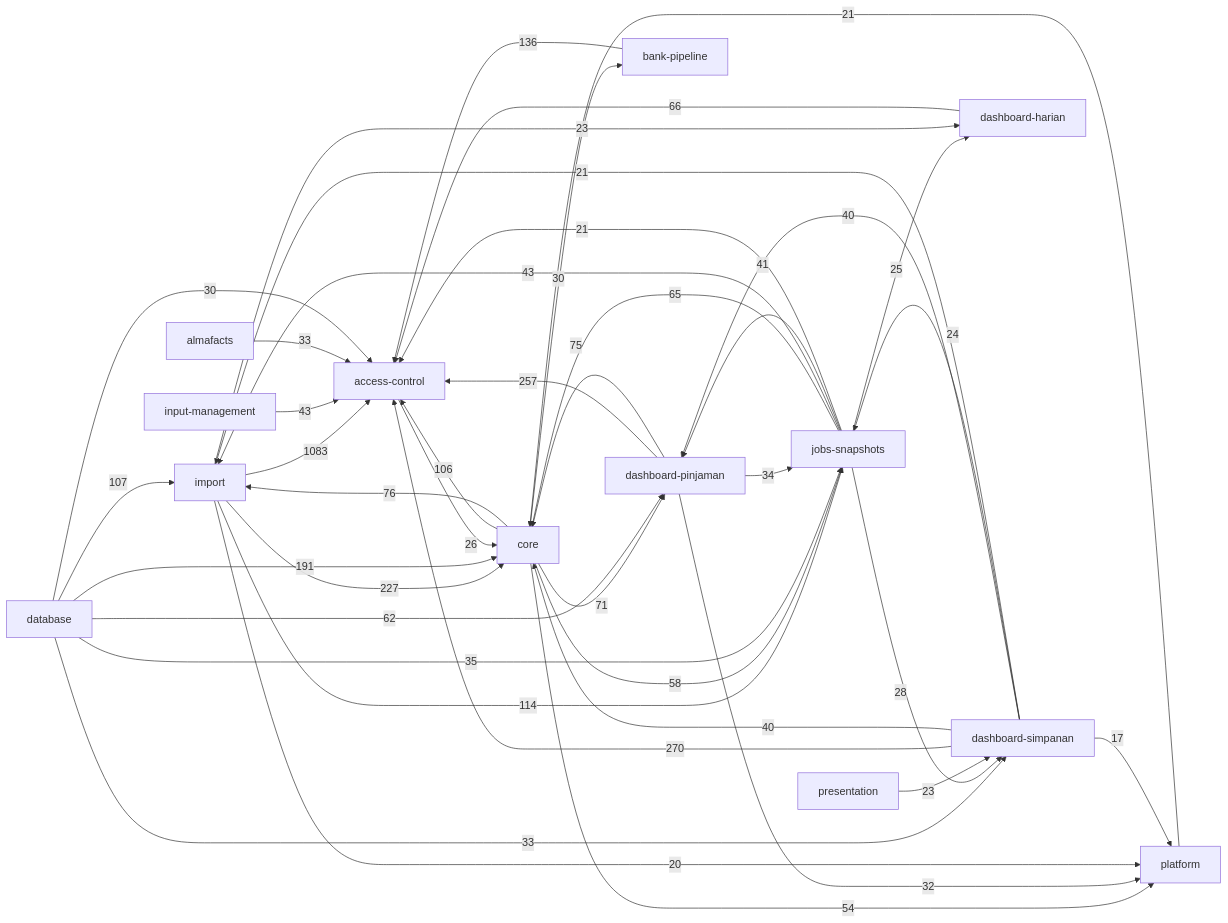
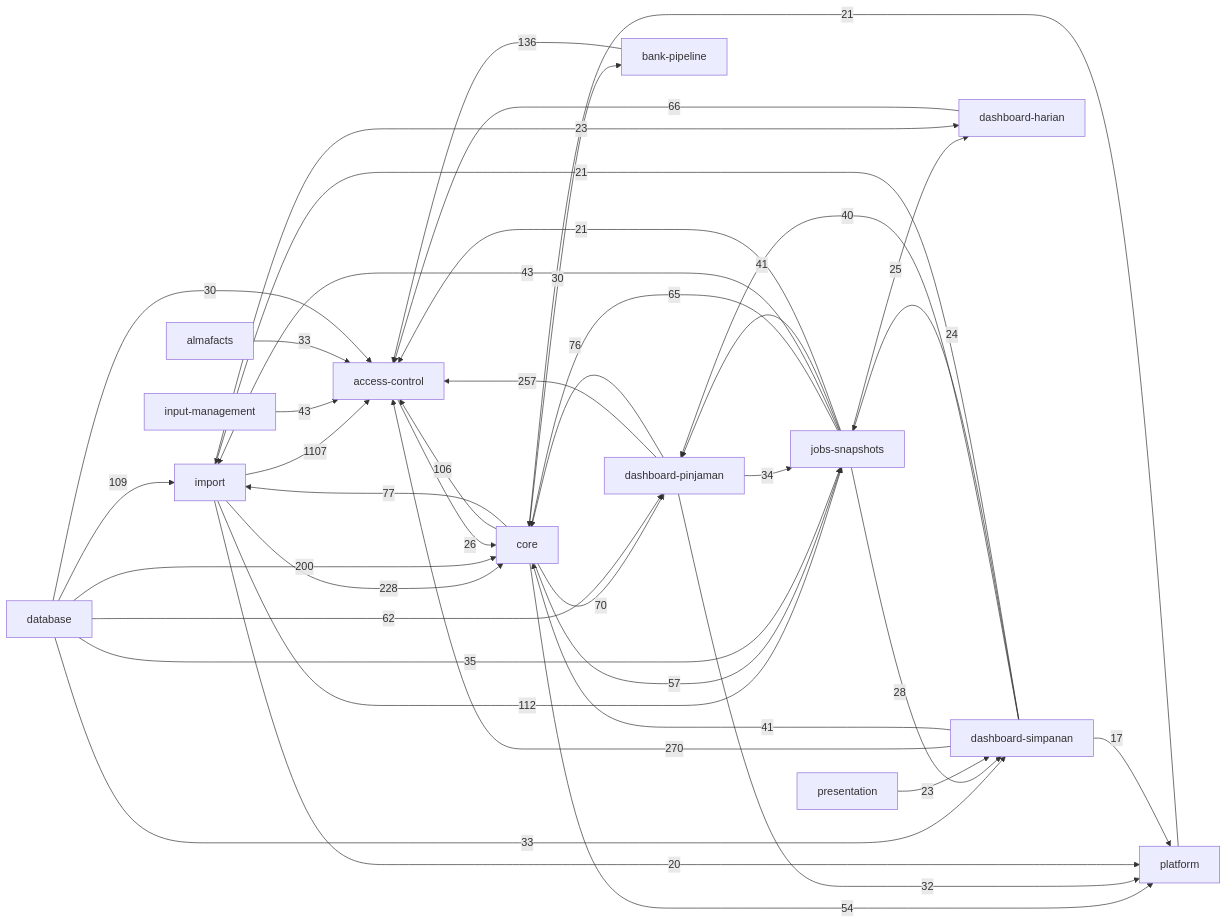
One commit to RizalloN/project-abah changed the diagram in docs/knowledge-graph/ARCHITECTURE.md. Above: the diagram before and after it, drawn with Mermaid. The commit also changed other lines of this file and 152 other files, not shown here.

First line of the commit message:
Add unit and feature tests for import functionality and dashboard reports

````diff
--- a/docs/knowledge-graph/ARCHITECTURE.md
+++ b/docs/knowledge-graph/ARCHITECTURE.md
@@ -5,43 +5,43 @@
 ```mermaid
 flowchart LR
-    d_d942f64886["import"] -->|1083| d_c393a69167["access-control"]
+    d_d942f64886["import"] -->|1107| d_c393a69167["access-control"]
     d_90026ec21f["dashboard-simpanan"] -->|270| d_c393a69167["access-control"]
     d_c1933689a3["dashboard-pinjaman"] -->|257| d_c393a69167["access-control"]
-    d_d942f64886["import"] -->|227| d_0d45f5fd46["core"]
-    d_3549b0028b["database"] -->|191| d_0d45f5fd46["core"]
+    d_d942f64886["import"] -->|228| d_0d45f5fd46["core"]
+    d_3549b0028b["database"] -->|200| d_0d45f5fd46["core"]
     d_39bcb775e4["bank-pipeline"] -->|136| d_c393a69167["access-control"]
-    d_d942f64886["import"] -->|114| d_7c16aa6a77["jobs-snapshots"]
-    d_3549b0028b["database"] -->|107| d_d942f64886["import"]
+    d_d942f64886["import"] -->|112| d_7c16aa6a77["jobs-snapshots"]
+    d_3549b0028b["database"] -->|109| d_d942f64886["import"]
     d_0d45f5fd46["core"] -->|106| d_c393a69167["access-control"]
-    d_0d45f5fd46["core"] -->|76| d_d942f64886["import"]
-    d_c1933689a3["dashboard-pinjaman"] -->|75| d_0d45f5fd46["core"]
-    d_0d45f5fd46["core"] -->|71| d_c1933689a3["dashboard-pinjaman"]
+    d_0d45f5fd46["core"] -->|77| d_d942f64886["import"]
+    d_c1933689a3["dashboard-pinjaman"] -->|76| d_0d45f5fd46["core"]
+    d_0d45f5fd46["core"] -->|70| d_c1933689a3["dashboard-pinjaman"]
     d_a0a49fdd98["dashboard-harian"] -->|66| d_c393a69167["access-control"]
     d_7c16aa6a77["jobs-snapshots"] -->|65| d_0d45f5fd46["core"]
     d_3549b0028b["database"] -->|62| d_c1933689a3["dashboard-pinjaman"]
-    d_0d45f5fd46["core"] -->|58| d_7c16aa6a77["jobs-snapshots"]
+    d_0d45f5fd46["core"] -->|57| d_7c16aa6a77["jobs-snapshots"]
     d_0d45f5fd46["core"] -->|54| d_d294fcce0c["platform"]
     d_7c16aa6a77["jobs-snapshots"] -->|43| d_d942f64886["import"]
     d_b70a9d941d["input-management"] -->|43| d_c393a69167["access-control"]
     d_7c16aa6a77["jobs-snapshots"] -->|41| d_c1933689a3["dashboard-pinjaman"]
-    d_90026ec21f["dashboard-simpanan"] -->|40| d_0d45f5fd46["core"]
+    d_90026ec21f["dashboard-simpanan"] -->|41| d_0d45f5fd46["core"]
     d_90026ec21f["dashboard-simpanan"] -->|40| d_c1933689a3["dashboard-pinjaman"]
     d_3549b0028b["database"] -->|35| d_7c16aa6a77["jobs-snapshots"]
     d_c1933689a3["dashboard-pinjaman"] -->|34| d_7c16aa6a77["jobs-snapshots"]
     d_3549b0028b["database"] -->|33| d_90026ec21f["dashboard-simpanan"]
     d_b89824cc5a["almafacts"] -->|33| d_c393a69167["access-control"]
     d_c1933689a3["dashboard-pinjaman"] -->|32| d_d294fcce0c["platform"]
     d_3549b0028b["database"] -->|30| d_c393a69167["access-control"]
     d_0d45f5fd46["core"] -->|30| d_39bcb775e4["bank-pipeline"]
     d_7c16aa6a77["jobs-snapshots"] -->|28| d_90026ec21f["dashboard-simpanan"]
     d_c393a69167["access-control"] -->|26| d_0d45f5fd46["core"]
     d_7c16aa6a77["jobs-snapshots"] -->|25| d_a0a49fdd98["dashboard-harian"]
     d_90026ec21f["dashboard-simpanan"] -->|24| d_7c16aa6a77["jobs-snapshots"]
     d_d942f64886["import"] -->|23| d_a0a49fdd98["dashboard-harian"]
     d_bfac314fef["presentation"] -->|23| d_90026ec21f["dashboard-simpanan"]
     d_d294fcce0c["platform"] -->|21| d_0d45f5fd46["core"]
     d_90026ec21f["dashboard-simpanan"] -->|21| d_d942f64886["import"]
     d_7c16aa6a77["jobs-snapshots"] -->|21| d_c393a69167["access-control"]
     d_d942f64886["import"] -->|20| d_d294fcce0c["platform"]
     d_90026ec21f["dashboard-simpanan"] -->|17| d_d294fcce0c["platform"]
 ```
````
